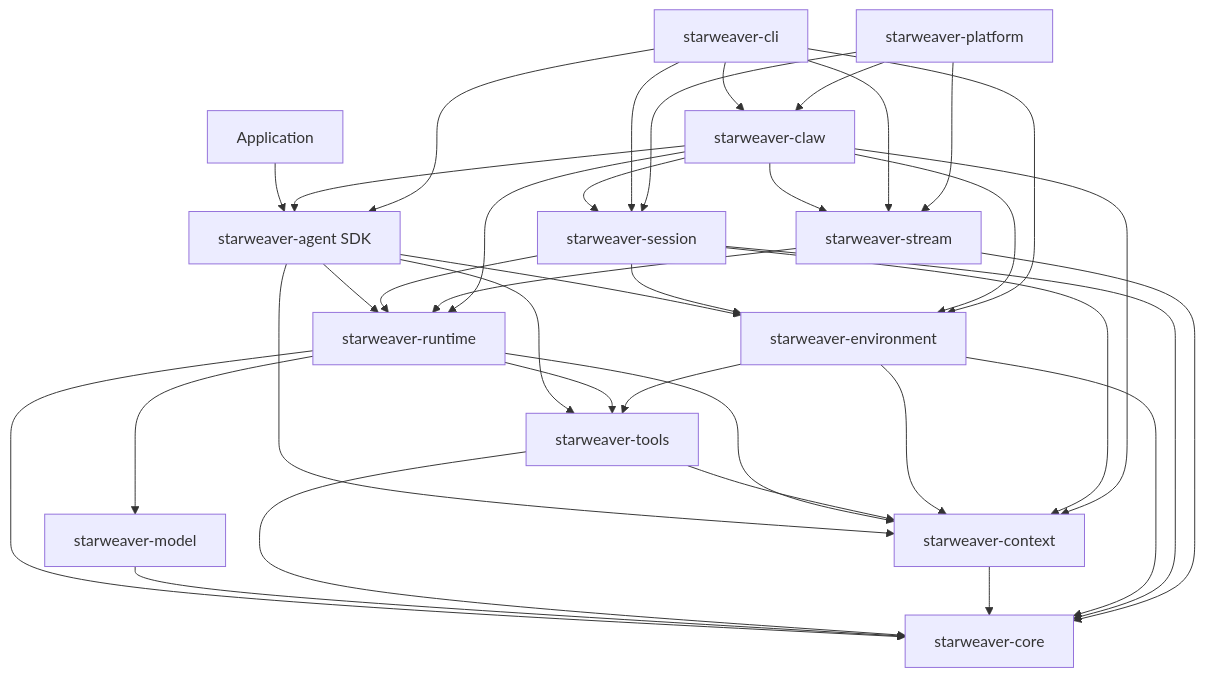
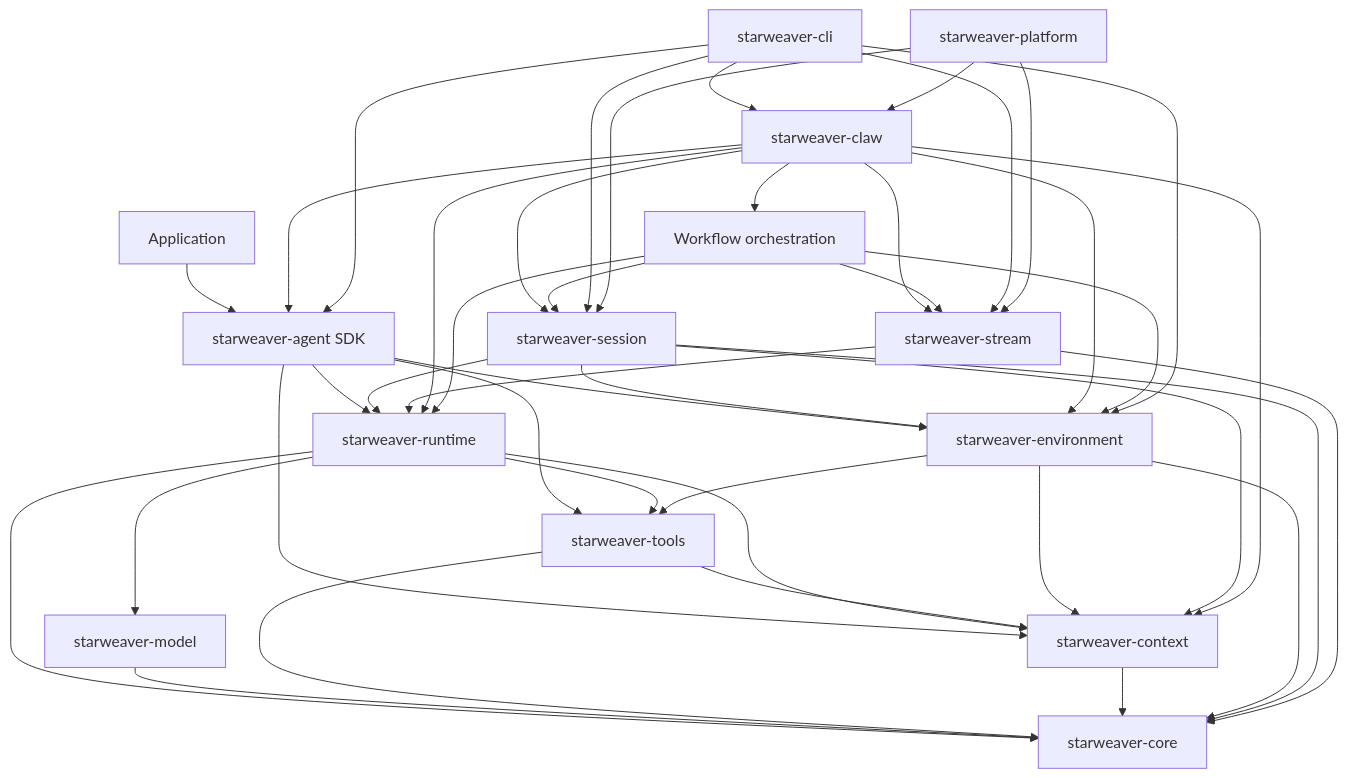
The diagram in spec/README.md (Wh1isper/starweaver), drawn with Mermaid before and after one commit. The commit also changed other lines of this file and 31 other files, not shown here.

````diff
--- a/spec/README.md
+++ b/spec/README.md
@@ -38,53 +39,59 @@
 ```mermaid
 flowchart TD
     app[Application]
     sdk[starweaver-agent SDK]
     runtime[starweaver-runtime]
     model[starweaver-model]
     tools[starweaver-tools]
     context[starweaver-context]
     core[starweaver-core]
     env[starweaver-environment]
     session[starweaver-session]
     stream[starweaver-stream]
     claw[starweaver-claw]
+    workflow[Workflow orchestration]
     cli[starweaver-cli]
     platform[starweaver-platform]
 
     app --> sdk
     sdk --> runtime
     sdk --> tools
     sdk --> context
     sdk --> env
     runtime --> model
     runtime --> tools
     runtime --> context
     runtime --> core
     model --> core
     tools --> core
     tools --> context
     context --> core
     env --> core
     env --> context
     env --> tools
     session --> core
     session --> runtime
     session --> context
     session --> env
     stream --> core
     stream --> runtime
     claw --> session
     claw --> stream
     claw --> sdk
     claw --> runtime
     claw --> context
     claw --> env
+    claw --> workflow
+    workflow --> session
+    workflow --> stream
+    workflow --> runtime
+    workflow --> env
     cli --> session
     cli --> stream
     cli --> sdk
     cli --> env
     cli --> claw
     platform --> stream
     platform --> session
     platform --> claw
 ```
````
